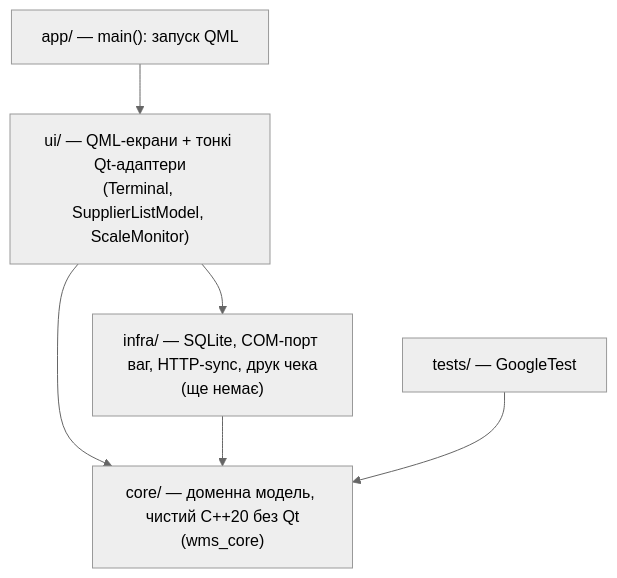
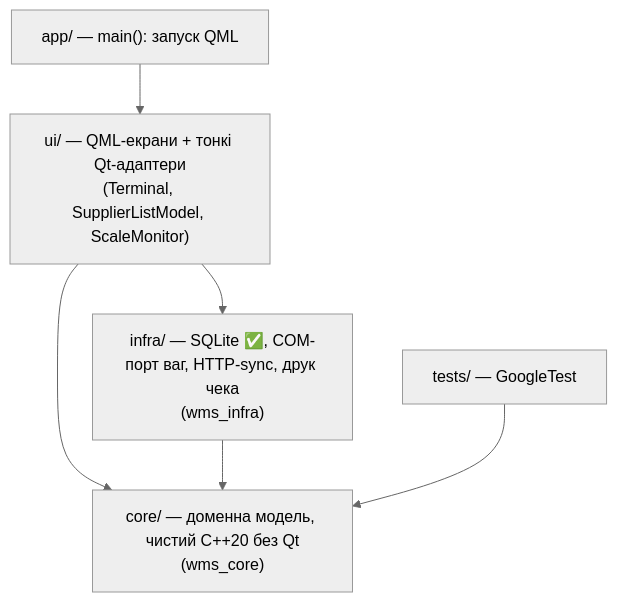
Before and after one commit to IsNazarii/Berry-WMS-Terminal: the diagram in README.md, drawn with Mermaid (neutral theme). The commit also changed other lines of this file and 9 other files, not shown here.

First line of the commit message:
Infra: SQLite amalgamation and RAII wrapper

````diff
--- a/README.md
+++ b/README.md
@@ -100,13 +100,13 @@
 ```mermaid
 flowchart TD
     UI["ui/ — QML-екрани + тонкі Qt-адаптери<br/>(Terminal, SupplierListModel, ScaleMonitor)"]
-    INFRA["infra/ — SQLite, COM-порт ваг, HTTP-sync, друк чека<br/>(ще немає)"]
+    INFRA["infra/ — SQLite ✅, COM-порт ваг, HTTP-sync, друк чека<br/>(wms_infra)"]
     CORE["core/ — доменна модель, чистий C++20 без Qt<br/>(wms_core)"]
     APP["app/ — main(): запуск QML"]
     TESTS["tests/ — GoogleTest"]
     APP --> UI
     UI --> INFRA
     UI --> CORE
     INFRA --> CORE
     TESTS --> CORE
 ```
````
